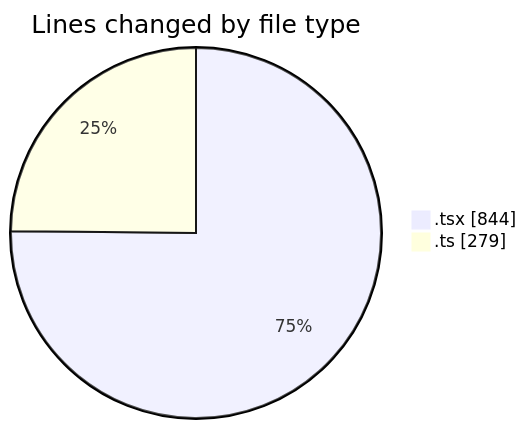
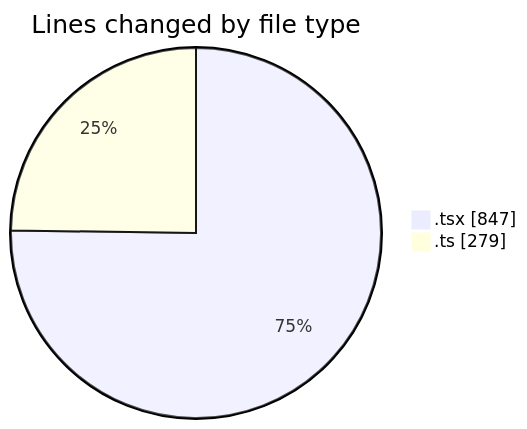
The first of 2 diagrams in 2026-04-19/airfeed-analytics-dashboard/README.md (nxtqubesakshisongat/code-tracking), drawn with Mermaid before and after one commit. The commit also changed other lines of this file and 1 other file, not shown here.

````diff
--- a/2026-04-19/airfeed-analytics-dashboard/README.md
+++ b/2026-04-19/airfeed-analytics-dashboard/README.md
@@ -25,6 +25,6 @@
 ```mermaid
 pie showData
 title Lines changed by file type
-".tsx" : 844
+".tsx" : 847
 ".ts" : 279
 ```
````
